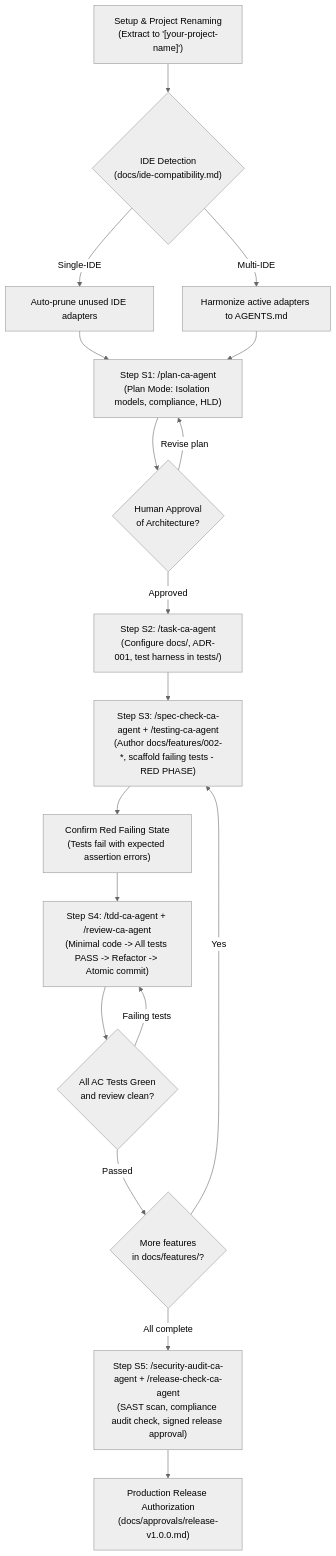
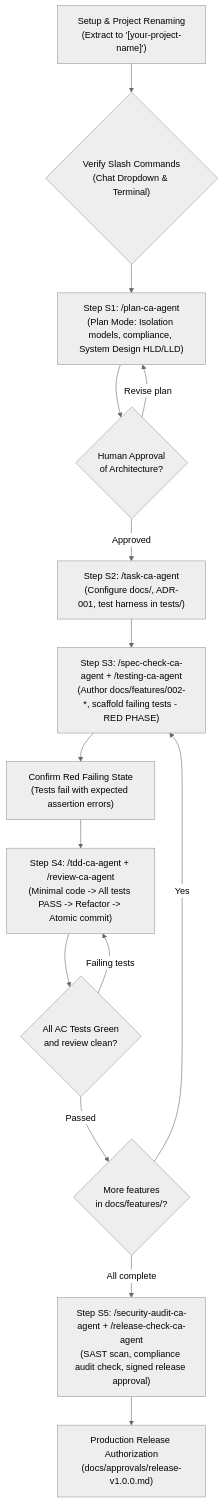
One commit to rmsofficialsyt/Agentic-AI-Vibe-Coding-AND-SDD-TDD-Codebase-Chandan-Adhikary changed the diagram in SDD-TDD-Custom-Slash-Command-Universal.md. Above: the diagram before and after it, drawn with Mermaid (neutral theme). The commit also changed other lines of this file and 60 other files, not shown here.

Commit message:
feat: optimize Vibe-Coding and SDD-TDD frameworks with fluid dashboard, system design, and governance

````diff
--- a/SDD-TDD-Custom-Slash-Command-Universal.md
+++ b/SDD-TDD-Custom-Slash-Command-Universal.md
@@ -167,25 +167,21 @@
 ```mermaid
 flowchart TD
-    SetupS["Setup & Project Renaming<br/>(Extract to '[your-project-name]')"] --> IDEDetectS{"IDE Detection<br/>(docs/ide-compatibility.md)"}
-    IDEDetectS -->|"Single-IDE"| PruneS["Auto-prune unused IDE adapters"]
-    IDEDetectS -->|"Multi-IDE"| SyncS["Harmonize active adapters to AGENTS.md"]
-    
-    PruneS --> PS1["Step S1: /plan-ca-agent<br/>(Plan Mode: Isolation models, compliance, HLD)"]
-    SyncS --> PS1
+    SetupS["Setup & Project Renaming<br/>(Extract to '[your-project-name]')"] --> CmdCheckS{"Verify Slash Commands<br/>(Chat Dropdown & Terminal)"}
+    CmdCheckS --> PS1["Step S1: /plan-ca-agent<br/>(Plan Mode: Isolation models, compliance, System Design HLD/LLD)"]
     
     PS1 --> HumanS1{"Human Approval<br/>of Architecture?"}
     HumanS1 -->|"Revise plan"| PS1
     HumanS1 -->|"Approved"| PS2["Step S2: /task-ca-agent<br/>(Configure docs/, ADR-001, test harness in tests/)"]
     
     PS2 --> PS3["Step S3: /spec-check-ca-agent + /testing-ca-agent<br/>(Author docs/features/002-*, scaffold failing tests - RED PHASE)"]
     PS3 --> RedPhase["Confirm Red Failing State<br/>(Tests fail with expected assertion errors)"]
     
     RedPhase --> PS4["Step S4: /tdd-ca-agent + /review-ca-agent<br/>(Minimal code -> All tests PASS -> Refactor -> Atomic commit)"]
     PS4 --> GateCheck{"All AC Tests Green<br/>and review clean?"}
     GateCheck -->|"Failing tests"| PS4
     GateCheck -->|"Passed"| NextFeature{"More features<br/>in docs/features/?"}
     NextFeature -->|"Yes"| PS3
     NextFeature -->|"All complete"| PS5["Step S5: /security-audit-ca-agent + /release-check-ca-agent<br/>(SAST scan, compliance audit check, signed release approval)"]
     
     PS5 --> ReleaseS["Production Release Authorization<br/>(docs/approvals/release-v1.0.0.md)"]
 ```
````
